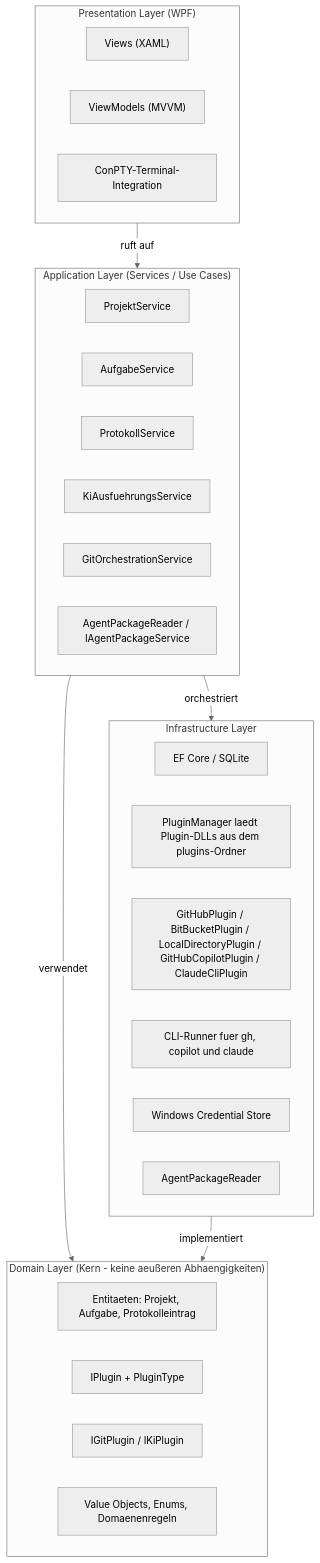
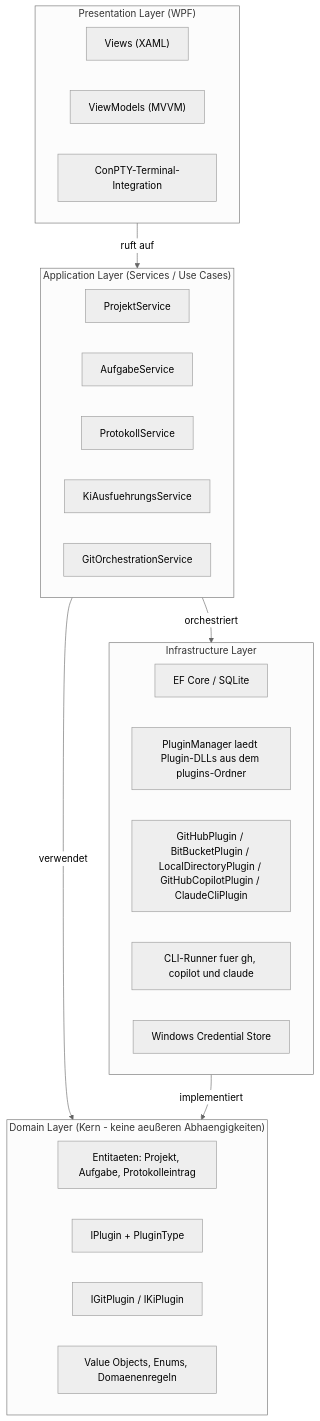
The diagram in README.md (martin-stromberg/Softwareschmiede), drawn with Mermaid (neutral theme) before and after one commit. The commit also changed other lines of this file and 14 other files, not shown here.

First line of the commit message:
refactor: remove dead agent package code and sync documentation

````diff
--- a/README.md
+++ b/README.md
@@ -376,38 +376,36 @@
 ```mermaid
 flowchart TB
     subgraph Presentation["Presentation Layer (WPF)"]
         PRL1["Views (XAML)"]
         PRL2["ViewModels (MVVM)"]
         PRL3["ConPTY-Terminal-Integration"]
     end
 
     subgraph Application["Application Layer (Services / Use Cases)"]
         APL1["ProjektService"]
         APL2["AufgabeService"]
         APL3["ProtokollService"]
         APL4["KiAusfuehrungsService"]
         APL5["GitOrchestrationService"]
-        APL6["AgentPackageReader / IAgentPackageService"]
     end
 
     subgraph Domain["Domain Layer (Kern - keine aeußeren Abhaengigkeiten)"]
         DOL1["Entitaeten: Projekt, Aufgabe, Protokolleintrag"]
         DOL2["IPlugin + PluginType"]
         DOL3["IGitPlugin / IKiPlugin"]
         DOL4["Value Objects, Enums, Domaenenregeln"]
     end
  
     subgraph Infrastructure["Infrastructure Layer"]
         INL1["EF Core / SQLite"]
         INL2["PluginManager laedt Plugin-DLLs aus dem plugins-Ordner"]
         INL3["GitHubPlugin / BitBucketPlugin / LocalDirectoryPlugin / GitHubCopilotPlugin / ClaudeCliPlugin"]
         INL4["CLI-Runner fuer gh, copilot und claude"]
         INL5["Windows Credential Store"]
-        INL6["AgentPackageReader"]
     end
 
     Presentation -->|ruft auf| Application
     Application -->|verwendet| Domain
     Application -->|orchestriert| Infrastructure
     Infrastructure -->|implementiert| Domain
 ```
````
